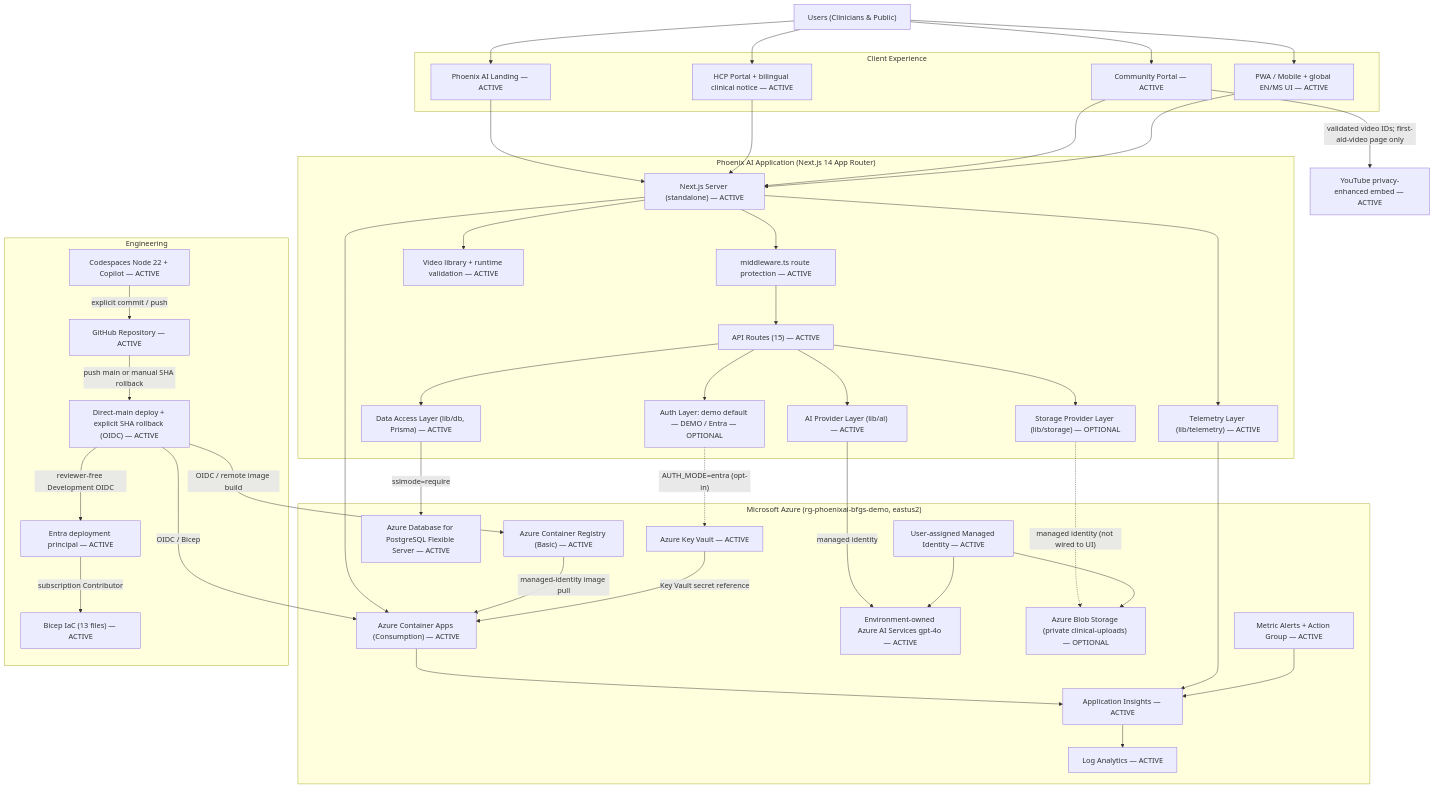
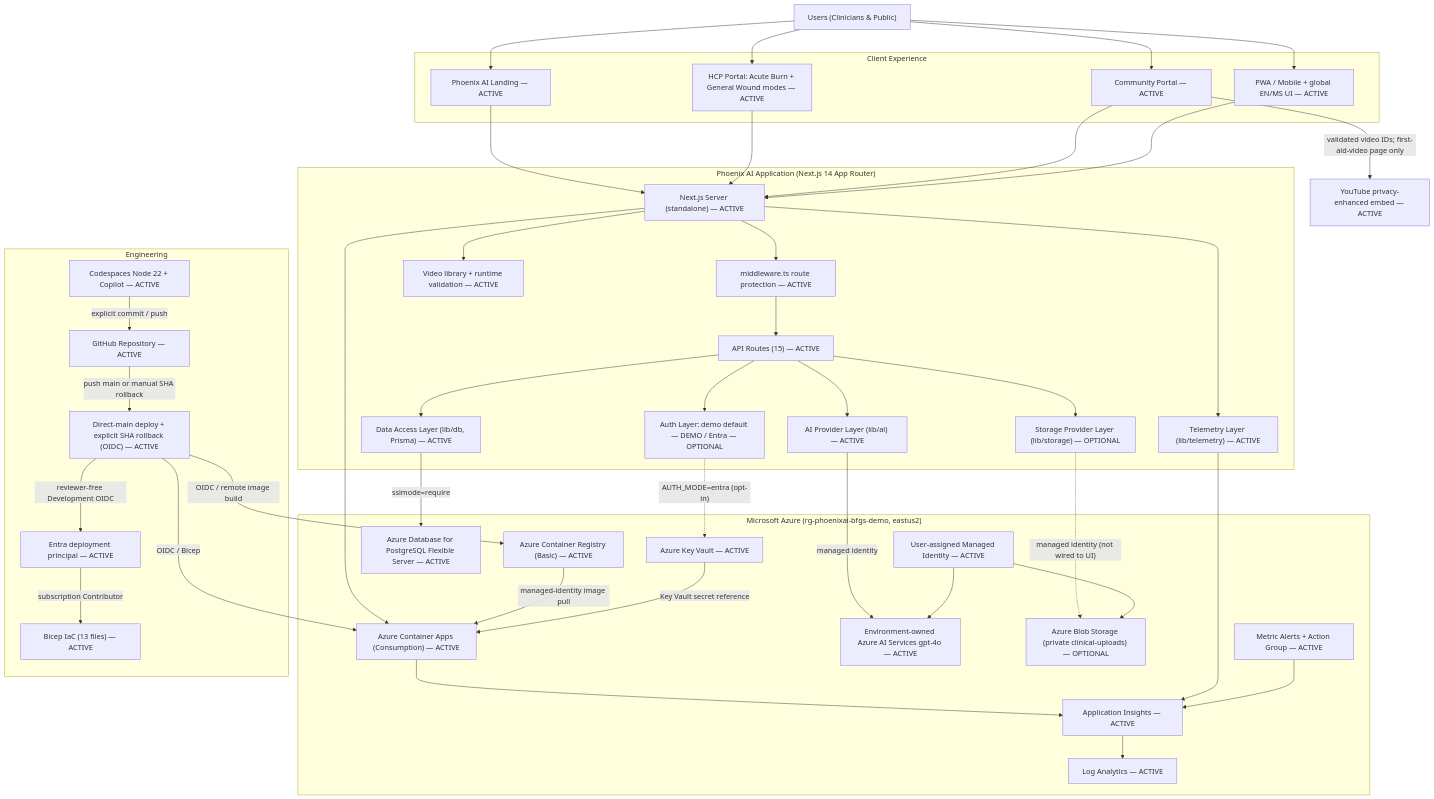
Before and after one commit to polyfuze4336-bot/phoenix-ai-azure: the diagram in docs/architecture/current-architecture.md, drawn with Mermaid. The commit also changed other lines of this file and 26 other files, not shown here.

```diff
--- a/docs/architecture/current-architecture.md
+++ b/docs/architecture/current-architecture.md
@@ -58,7 +58,7 @@
 
     subgraph CLIENT["Client Experience"]
         Landing["Phoenix AI Landing — ACTIVE"]
-        HCP["HCP Portal + bilingual clinical notice — ACTIVE"]
+        HCP["HCP Portal: Acute Burn + General Wound modes — ACTIVE"]
         Community["Community Portal — ACTIVE"]
         PWA["PWA / Mobile + global EN/MS UI — ACTIVE"]
     end
```
